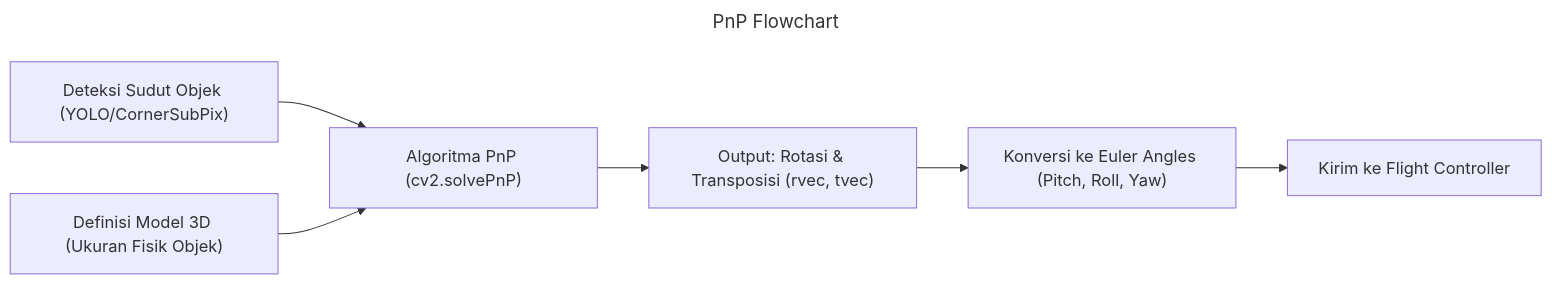
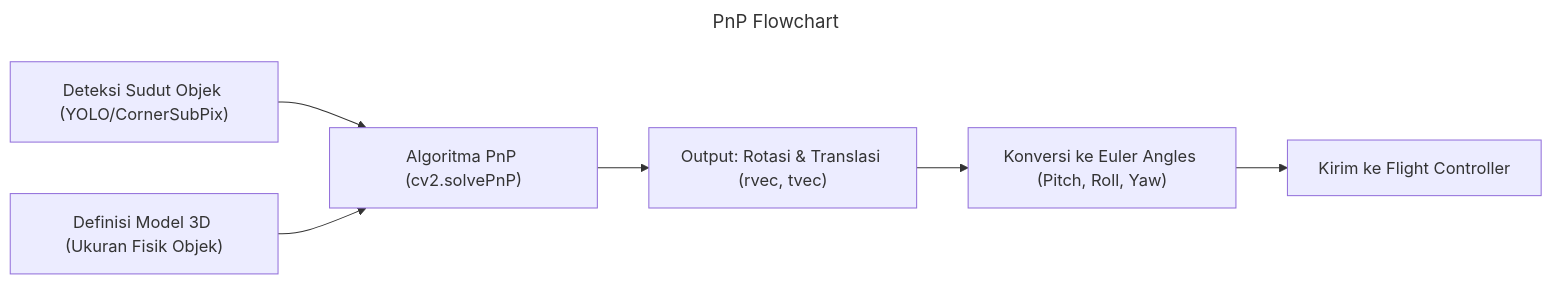
Before and after one commit to irfansandyy/modul-computer-vision-lanjutan: the eighth of 8 diagrams in README.md, drawn with Mermaid. The commit also changed other lines of this file, not shown here.

````diff
--- a/README.md
+++ b/README.md
@@ -908,15 +908,15 @@
 ```mermaid
 ---
 title: PnP Flowchart
 ---
 flowchart LR
     A["Deteksi Sudut Objek (YOLO/CornerSubPix)"]
     B["Definisi Model 3D (Ukuran Fisik Objek)"]
     C["Algoritma PnP (cv2.solvePnP)"]
-    D["Output: Rotasi & Transposisi (rvec, tvec)"]
+    D["Output: Rotasi & Translasi (rvec, tvec)"]
     E["Konversi ke Euler Angles (Pitch, Roll, Yaw)"]
     F["Kirim ke Flight Controller"]
     A --> C
     B --> C
     C --> D --> E --> F
 ```
````
